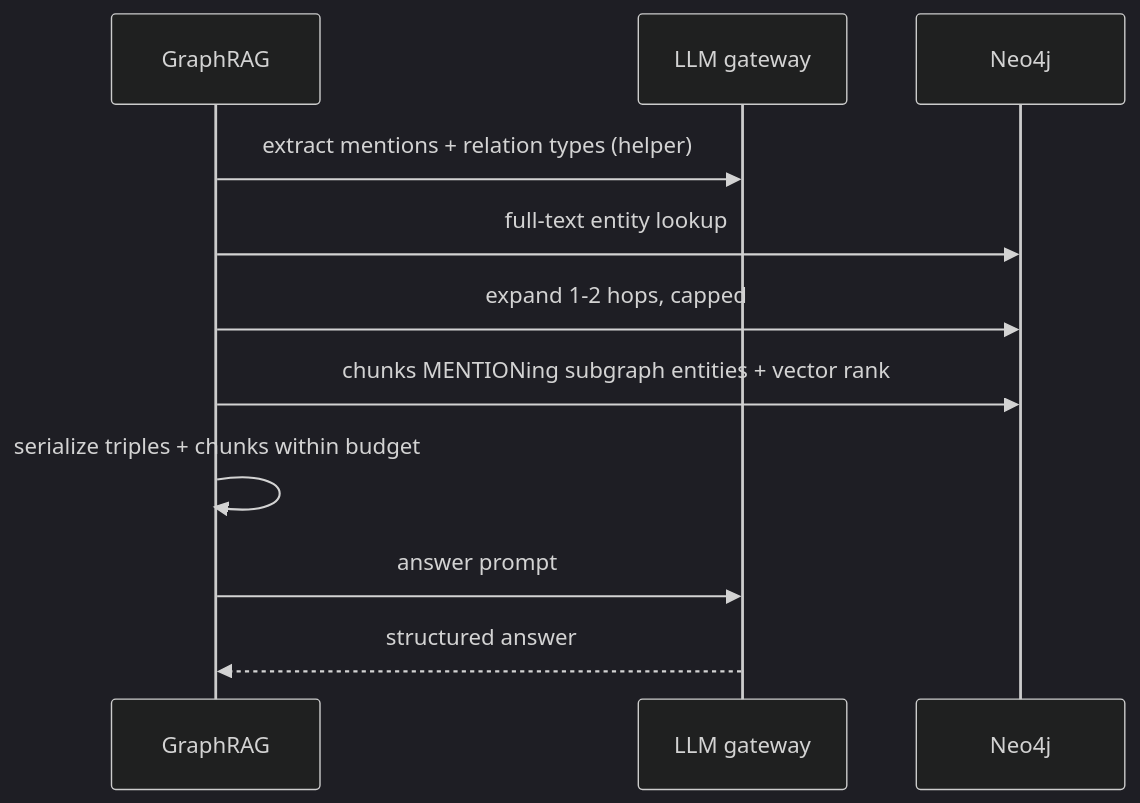
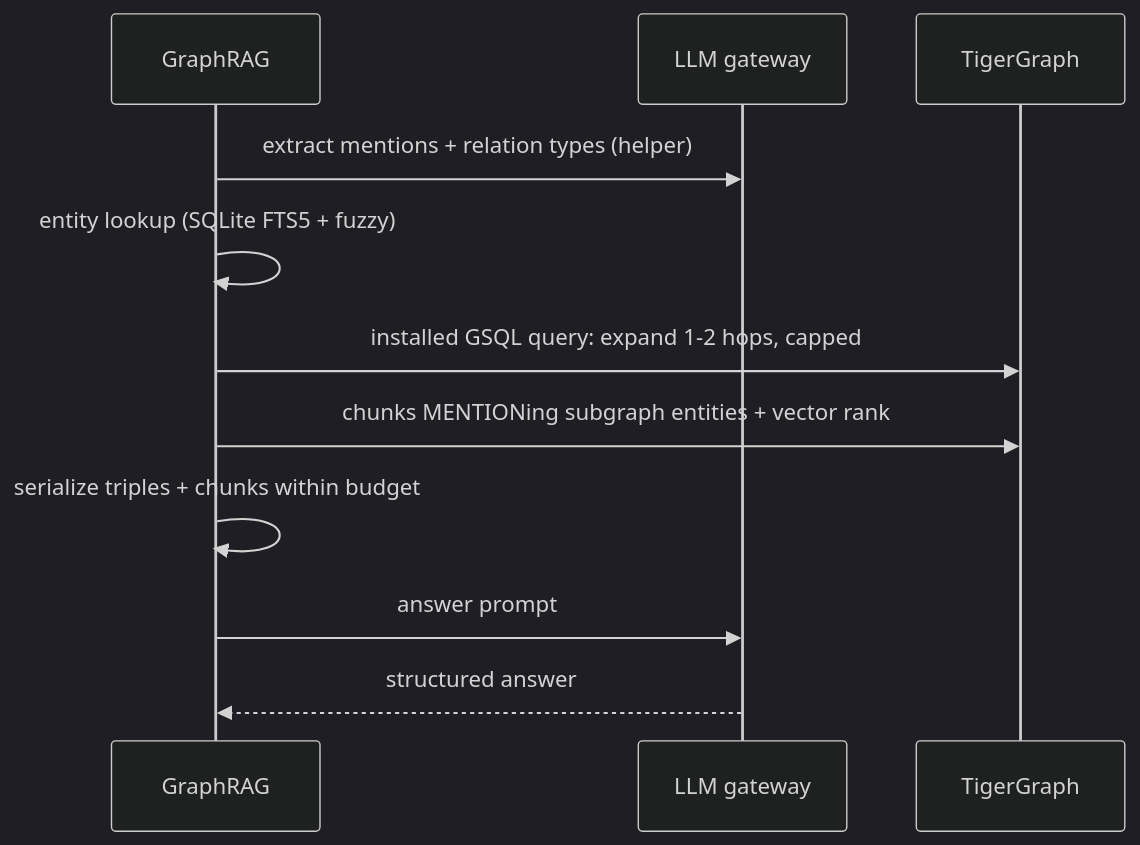
Before and after one commit to Tetra4ge/Interlock-TG: the seventh of 11 diagrams in docs/ARCHITECTURE.md, drawn with Mermaid (dark theme). The commit also changed other lines of this file and 13 other files, not shown here.

Commit message:
docs: migrate architecture and documentation references from Neo4j to TigerGraph

````diff
--- a/docs/ARCHITECTURE.md
+++ b/docs/ARCHITECTURE.md
@@ -199,13 +199,13 @@
 ```mermaid
 sequenceDiagram
     participant P as GraphRAG
     participant L as LLM gateway
-    participant N as Neo4j
+    participant N as TigerGraph
     P->>L: extract mentions + relation types (helper)
-    P->>N: full-text entity lookup
-    P->>N: expand 1-2 hops, capped
+    P->>P: entity lookup (SQLite FTS5 + fuzzy)
+    P->>N: installed GSQL query: expand 1-2 hops, capped
     P->>N: chunks MENTIONing subgraph entities + vector rank
     P->>P: serialize triples + chunks within budget
     P->>L: answer prompt
     L-->>P: structured answer
 ```
````
